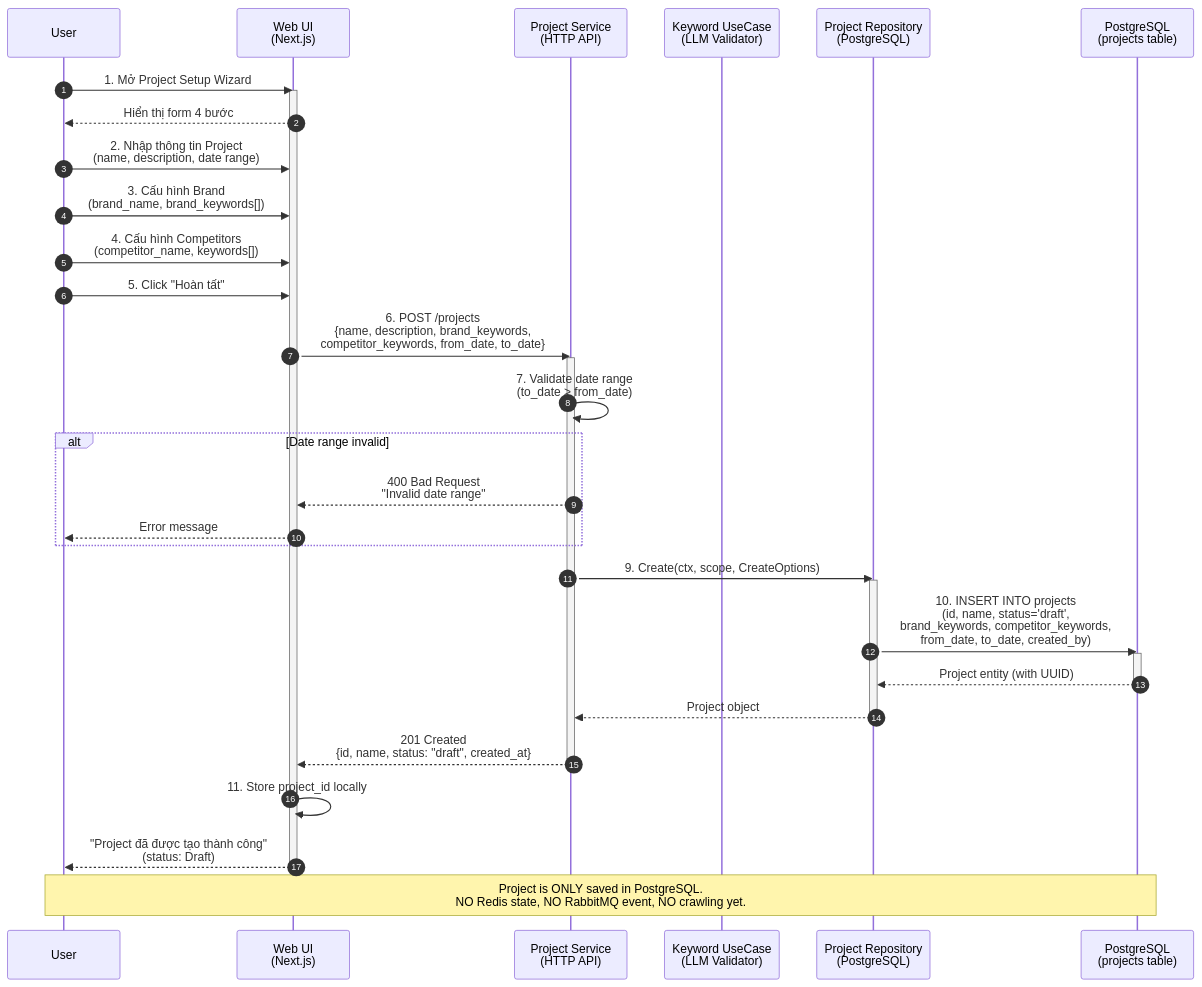
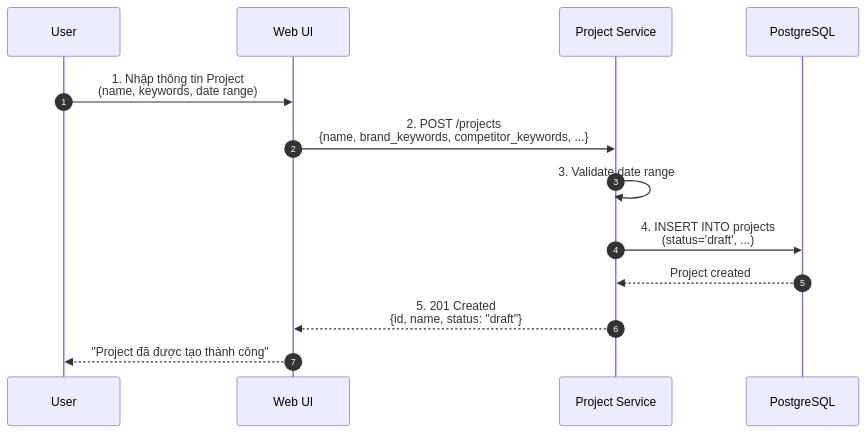
The first of 8 diagrams in documents/SEQUENCE_DIAGRAMS.md (smap-hcmut/report), drawn with Mermaid before and after one commit. The commit also changed other lines of this file and 5 other files, not shown here.

Commit message:
Update SEQUENCE_DIAGRAMS.md to reflect changes in project flow and source references. Simplified sequence diagrams for project creation, dry-run, execution, and dashboard viewing. Removed unnecessary participants and clarified key points for better understanding.

````diff
--- a/documents/SEQUENCE_DIAGRAMS.md
+++ b/documents/SEQUENCE_DIAGRAMS.md
@@ -26,53 +26,18 @@
 ```mermaid
 sequenceDiagram
     autonumber
     participant User
-    participant WebUI as Web UI<br/>(Next.js)
-    participant ProjectAPI as Project Service<br/>(HTTP API)
-    participant KeywordUC as Keyword UseCase<br/>(LLM Validator)
-    participant ProjectRepo as Project Repository<br/>(PostgreSQL)
-    participant DB as PostgreSQL<br/>(projects table)
+    participant WebUI as Web UI
+    participant ProjectAPI as Project Service
+    participant PostgreSQL as PostgreSQL
 
-    %% ===== MAIN FLOW =====
-    User->>WebUI: 1. Mở Project Setup Wizard
-    activate WebUI
-    WebUI-->>User: Hiển thị form 4 bước
+    User->>WebUI: 1. Nhập thông tin Project<br/>(name, keywords, date range)
+    WebUI->>ProjectAPI: 2. POST /projects<br/>{name, brand_keywords, competitor_keywords, ...}
 
-    User->>WebUI: 2. Nhập thông tin Project<br/>(name, description, date range)
-    User->>WebUI: 3. Cấu hình Brand<br/>(brand_name, brand_keywords[])
-    User->>WebUI: 4. Cấu hình Competitors<br/>(competitor_name, keywords[])
-    User->>WebUI: 5. Click "Hoàn tất"
+    ProjectAPI->>ProjectAPI: 3. Validate date range
+    ProjectAPI->>PostgreSQL: 4. INSERT INTO projects<br/>(status='draft', ...)
+    PostgreSQL-->>ProjectAPI: Project created
 
-    WebUI->>ProjectAPI: 6. POST /projects<br/>{name, description, brand_keywords,<br/>competitor_keywords, from_date, to_date}
-    activate ProjectAPI
-
-    %% ===== VALIDATION =====
-    ProjectAPI->>ProjectAPI: 7. Validate date range<br/>(to_date > from_date)
-
-    alt Date range invalid
-        ProjectAPI-->>WebUI: 400 Bad Request<br/>"Invalid date range"
-        WebUI-->>User: Error message
-    end
-
-    %% ===== SAVE TO DATABASE =====
-    ProjectAPI->>ProjectRepo: 9. Create(ctx, scope, CreateOptions)
-    activate ProjectRepo
-
-    ProjectRepo->>DB: 10. INSERT INTO projects<br/>(id, name, status='draft',<br/>brand_keywords, competitor_keywords,<br/>from_date, to_date, created_by)
-    activate DB
-    DB-->>ProjectRepo: Project entity (with UUID)
-    deactivate DB
-
-    ProjectRepo-->>ProjectAPI: Project object
-    deactivate ProjectRepo
-
-    %% ===== RESPONSE =====
-    ProjectAPI-->>WebUI: 201 Created<br/>{id, name, status: "draft", created_at}
-    deactivate ProjectAPI
-
-    WebUI->>WebUI: 11. Store project_id locally
-    WebUI-->>User: "Project đã được tạo thành công"<br/>(status: Draft)
-    deactivate WebUI
-
-    Note over User,DB: Project is ONLY saved in PostgreSQL.<br/>NO Redis state, NO RabbitMQ event, NO crawling yet.
+    ProjectAPI-->>WebUI: 5. 201 Created<br/>{id, name, status: "draft"}
+    WebUI-->>User: "Project đã được tạo thành công"
 ```
````
